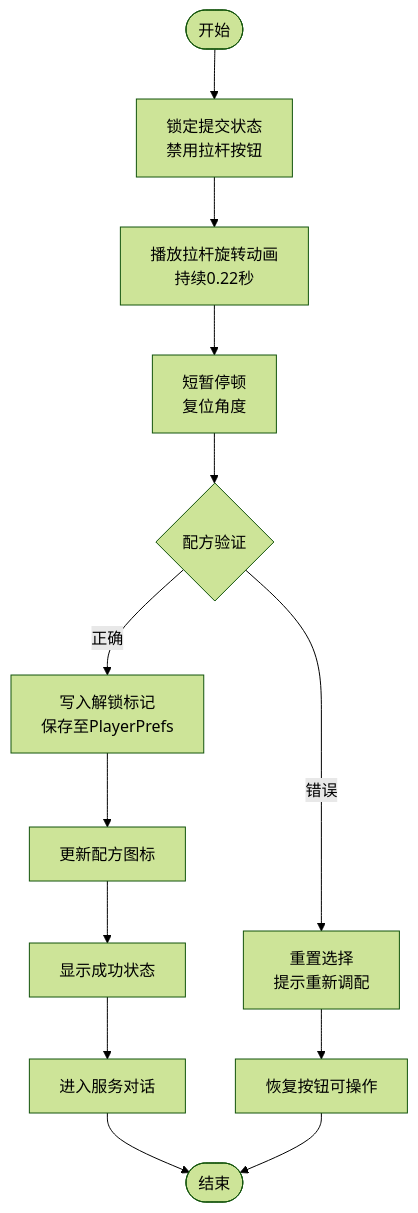
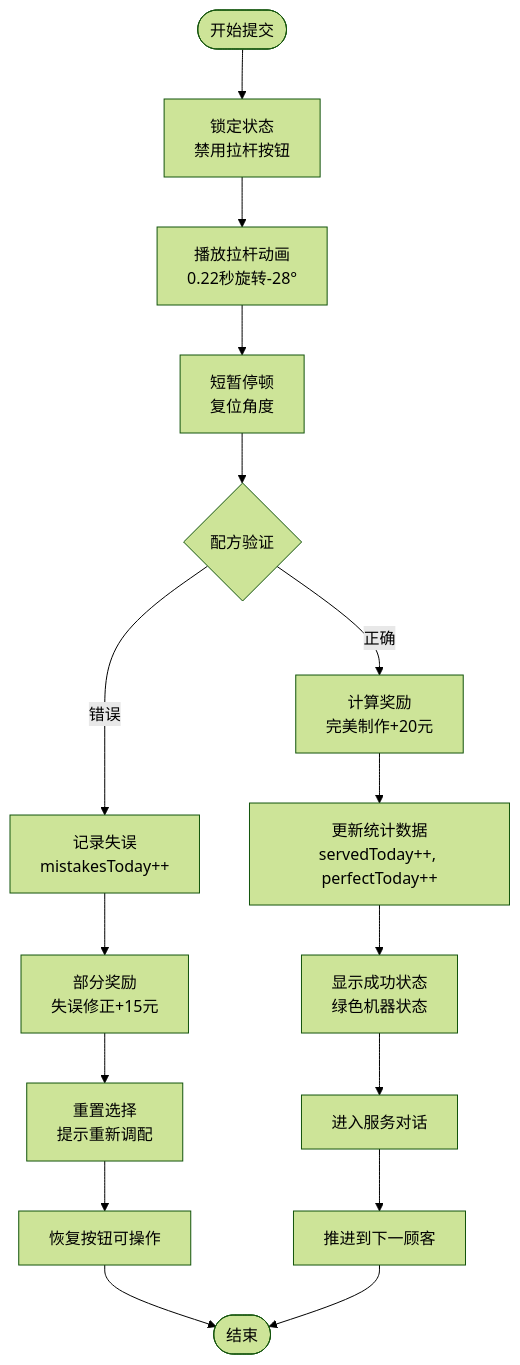
The third of 4 diagrams in .qoder/repowiki/zh/content/订单处理流程.md (Thanatos42/-demo), drawn with Mermaid (forest theme) before and after one commit. The commit also changed other lines of this file and 16 other files, not shown here.

````diff
--- a/.qoder/repowiki/zh/content/订单处理流程.md
+++ b/.qoder/repowiki/zh/content/订单处理流程.md
@@ -119,15 +155,18 @@
 ```mermaid
 flowchart TD
-Start(["开始"]) --> Lock["锁定提交状态<br/>禁用拉杆按钮"]
-Lock --> Animate["播放拉杆旋转动画<br/>持续0.22秒"]
+Start(["开始提交"]) --> Lock["锁定状态<br/>禁用拉杆按钮"]
+Lock --> Animate["播放拉杆动画<br/>0.22秒旋转-28°"]
 Animate --> Pause["短暂停顿<br/>复位角度"]
 Pause --> Validate{"配方验证"}
-Validate --> |正确| Persist["写入解锁标记<br/>保存至PlayerPrefs"]
-Persist --> UpdateIcon["更新配方图标"]
-UpdateIcon --> SuccessMsg["显示成功状态"]
+Validate --> |正确| Reward["计算奖励<br/>完美制作+20元"]
+Reward --> UpdateStats["更新统计数据<br/>servedToday++, perfectToday++"]
+UpdateStats --> SuccessMsg["显示成功状态<br/>绿色机器状态"]
 SuccessMsg --> Serve["进入服务对话"]
-Validate --> |错误| Reset["重置选择<br/>提示重新调配"]
+Validate --> |错误| Mistake["记录失误<br/>mistakesToday++"]
+Mistake --> PartialReward["部分奖励<br/>失误修正+15元"]
+PartialReward --> Reset["重置选择<br/>提示重新调配"]
 Reset --> Unlock["恢复按钮可操作"]
-Serve --> End(["结束"])
-Unlock --> End
+Serve --> NextCustomer["推进到下一顾客"]
+Unlock --> End(["结束"])
+NextCustomer --> End
 ```
````
